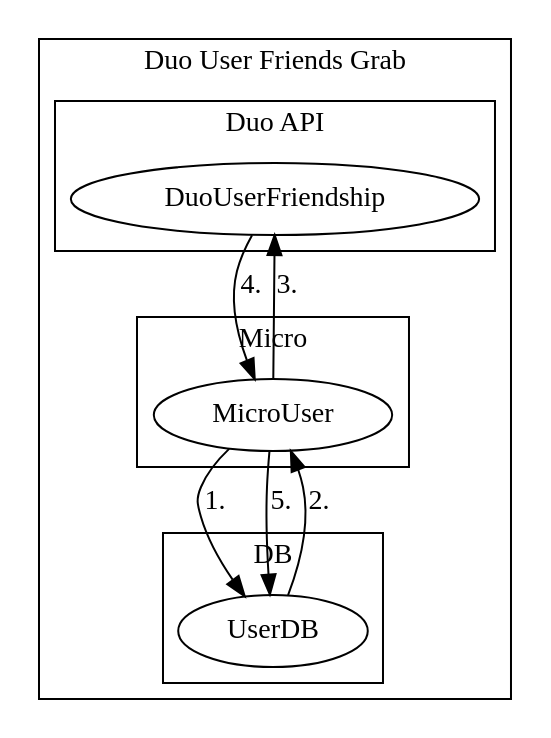
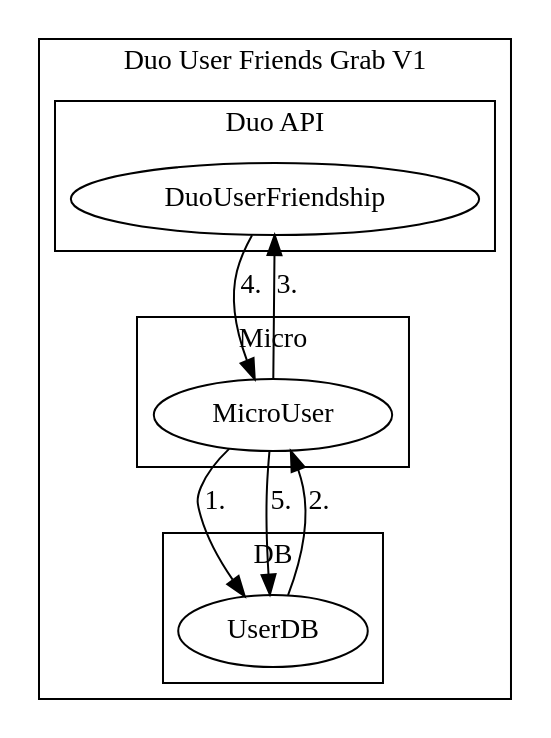
One commit to sguzman/-project-duolingo-iterated changed the diagram in v1/topology-v1.dot. Above: the diagram before and after it, drawn with Graphviz.

Commit message:
say version

```diff
--- a/v1/topology-v1.dot
+++ b/v1/topology-v1.dot
@@ -1,29 +1,29 @@
 digraph {
   compound = true;
   subgraph cluster_duo {
-      label = "Duo User Friends Grab";
+      label = "Duo User Friends Grab V1";
       
       subgraph cluster_duo_api {
           label = "Duo API";
           DuoUserFriendship;
       }
 
       subgraph cluster_micro {
           label = "Micro";
           MicroUser;
       }
 
       subgraph cluster_db {
           label = "DB"
           UserDB;
       }
   }
 
     MicroUser -> UserDB [label="1."];
     UserDB -> MicroUser [label="2."];
 
     MicroUser -> DuoUserFriendship [label="3."];
     DuoUserFriendship -> MicroUser [label="4."];
 
     MicroUser -> UserDB [label="5."];
 }
```
